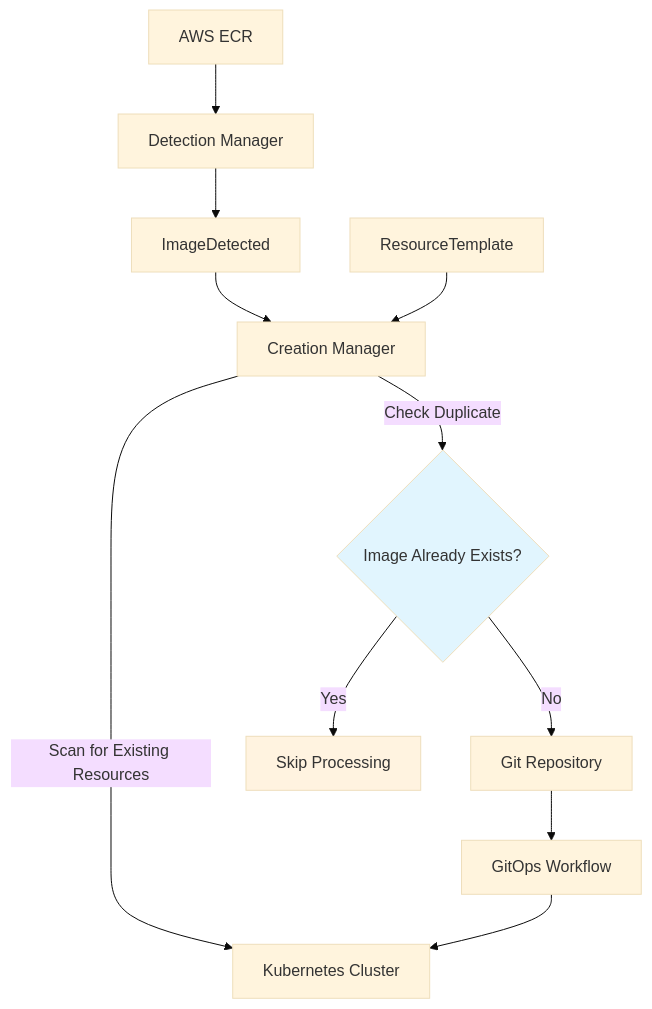
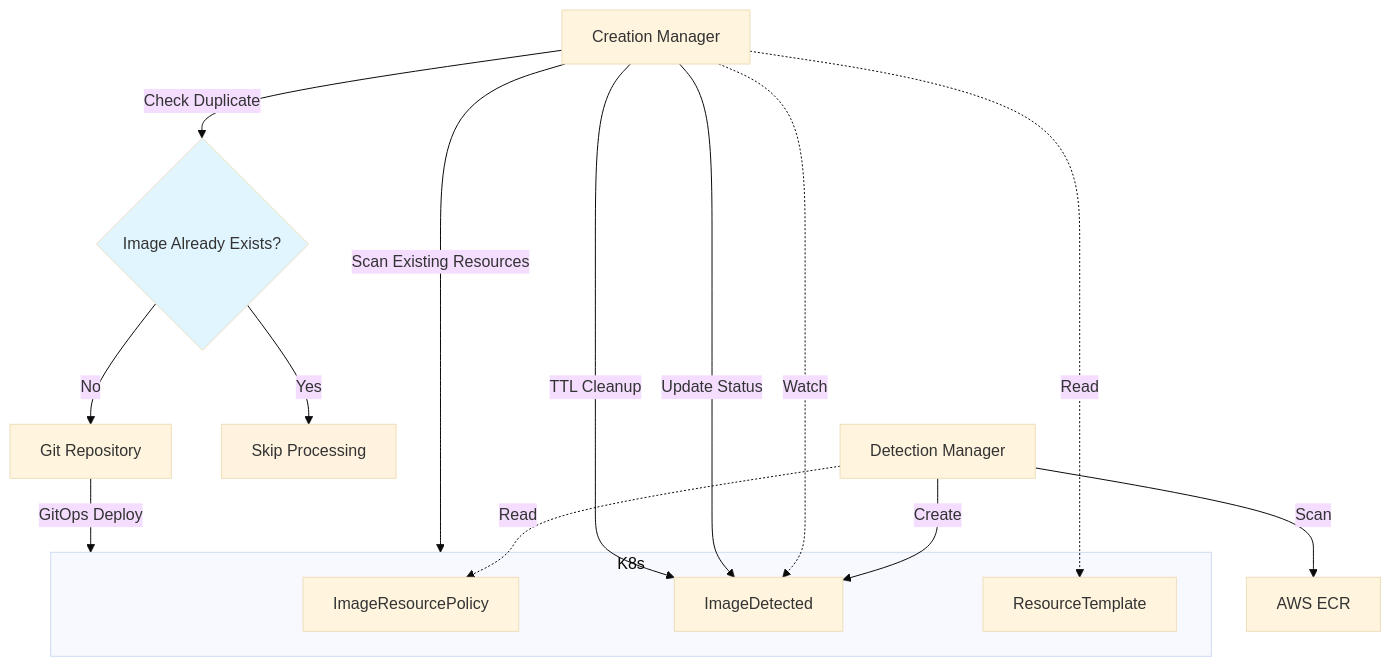
Before and after one commit to S-mishina/image-resource-controller: the diagram in README.md, drawn with Mermaid (base theme).

Commit message:
feat: Update workflow diagram in README to enhance clarity on Detection Manager and Creation Manager interactions

````diff
--- a/README.md
+++ b/README.md
@@ -14,16 +14,30 @@
 ```mermaid
 graph TB
-    ECR[AWS ECR] --> DM[Detection Manager]
-    DM --> ID[ImageDetected]
-    ID --> CM[Creation Manager]
-    RT[ResourceTemplate] --> CM
-    CM -->|Scan for Existing Resources| K8s[Kubernetes Cluster]
+    ECR[AWS ECR]
+    K8s[Kubernetes Cluster]
+    
+    DM[Detection Manager] -->|Scan| ECR
+    DM -.->|Read| IRP[ImageResourcePolicy]
+    DM -->|Create| ID[ImageDetected]
+    
+    subgraph K8s
+        IRP
+        ID
+        RT[ResourceTemplate]
+    end
+    
+    CM[Creation Manager] -.->|Watch| ID
+    CM -.->|Read| RT
+    CM -->|Update Status| ID
+    CM -->|TTL Cleanup| ID
+    CM -->|Scan Existing Resources| K8s
     CM -->|Check Duplicate| DECISION{Image Already Exists?}
+    
     DECISION -->|Yes| SKIP[Skip Processing]
     DECISION -->|No| GIT[Git Repository]
-    GIT --> GitOps[GitOps Workflow]
-    GitOps --> K8s
+    
+    GIT -->|GitOps Deploy| K8s
     
     style DECISION fill:#e1f5fe
     style SKIP fill:#fff3e0
 ```
````
